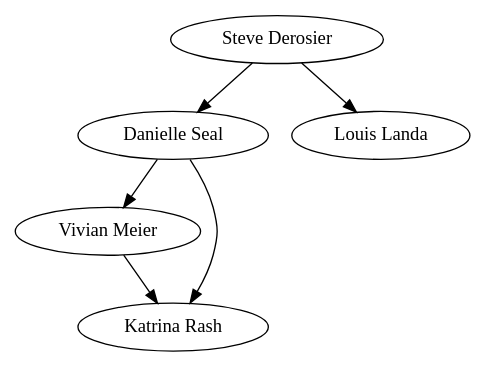
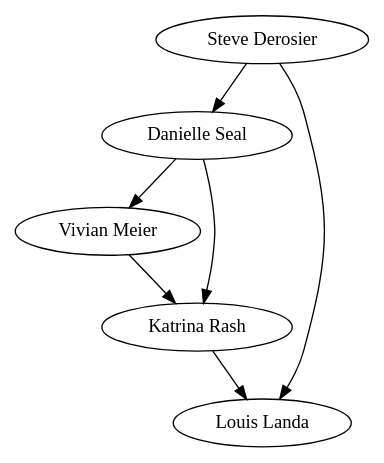
One commit to junekihong/JumanG changed the diagram in dot/turnip_dag.dot. Above: the diagram before and after it, drawn with Graphviz. The commit also changed 1 other file, not shown here.

```diff
--- a/dot/turnip_dag.dot
+++ b/dot/turnip_dag.dot
@@ -1,16 +1,18 @@
 digraph turnipheads {
     Danielle [label="Danielle Seal"]
     Steve [label="Steve Derosier"]
     Louis [label="Louis Landa"]
     Vivian [label="Vivian Meier"]
     Katrina [label="Katrina Rash"]
 
     Steve -> Danielle
     Steve->Louis
     Danielle->Vivian
 
     Danielle->Katrina
 
     Vivian->Katrina
 
+    Katrina->Louis
+
 }
```
